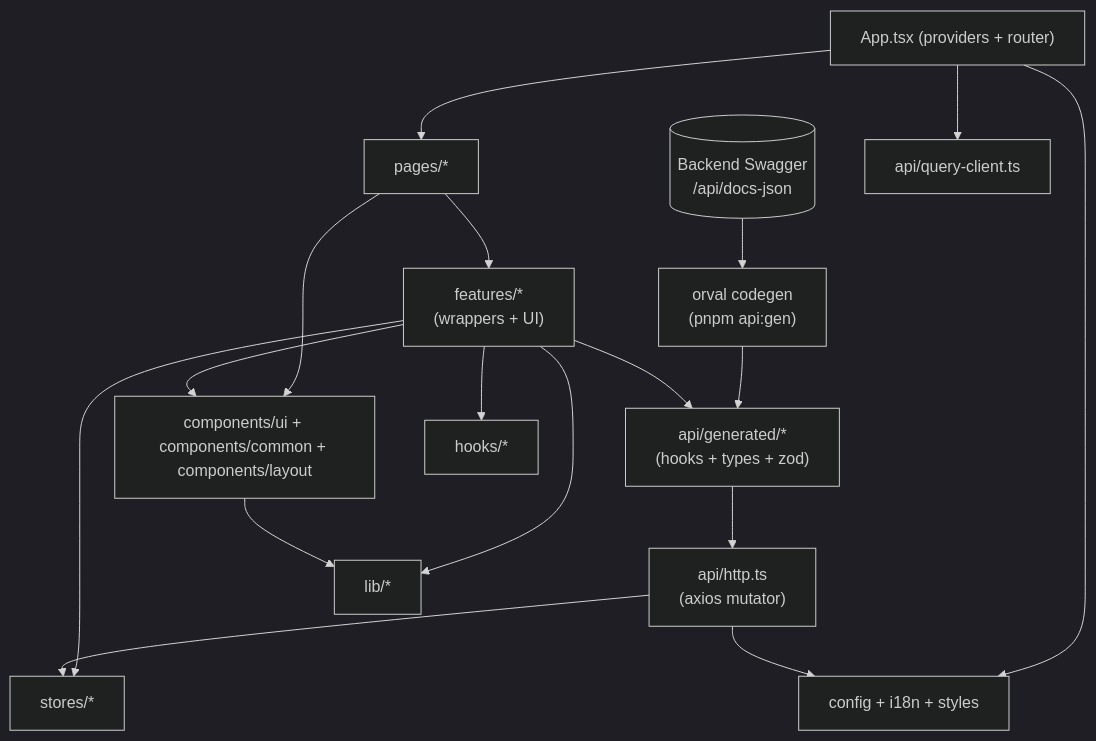
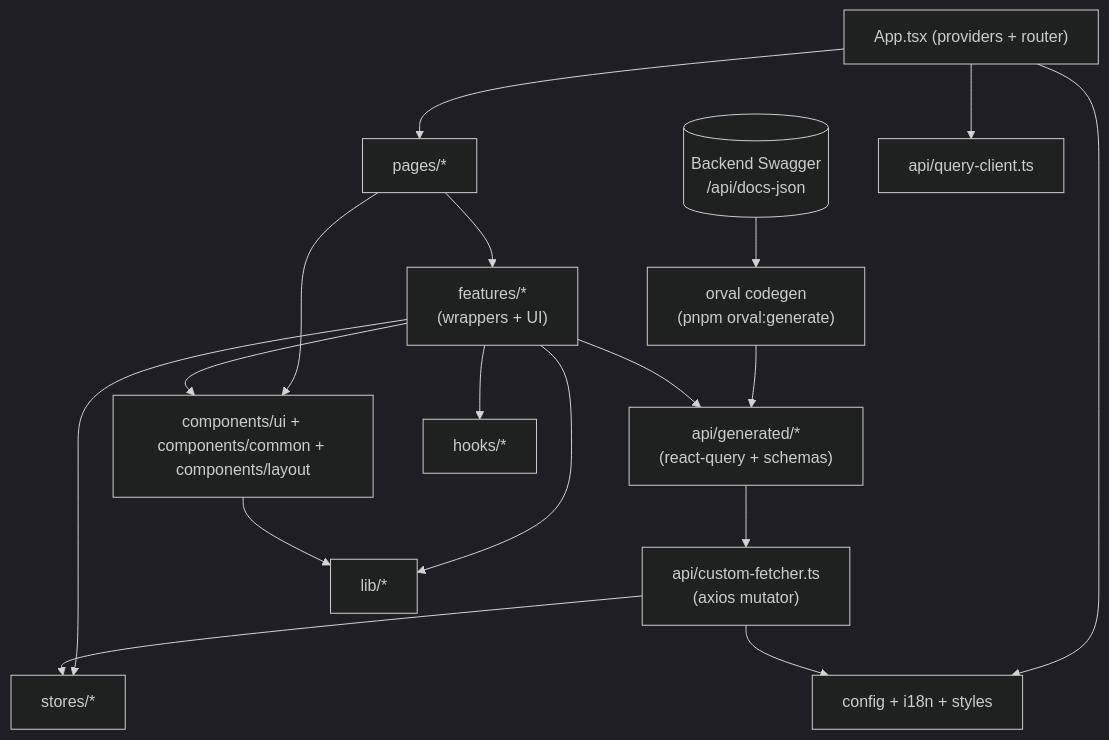
One commit to awramy/onBoard changed the second of 5 diagrams in FRONTEND_ROADMAP.md. Above: the diagram before and after it, drawn with Mermaid (dark theme). The commit also changed other lines of this file and 51 other files, not shown here.

````diff
--- a/FRONTEND_ROADMAP.md
+++ b/FRONTEND_ROADMAP.md
@@ -1523,35 +1492,35 @@
 ```mermaid
 flowchart TD
   Swagger[("Backend Swagger<br/>/api/docs-json")]
-  Orval["orval codegen<br/>(pnpm api:gen)"]
+  Orval["orval codegen<br/>(pnpm orval:generate)"]
 
   App["App.tsx (providers + router)"]
   Pages["pages/*"]
   Features["features/*<br/>(wrappers + UI)"]
   Components["components/ui + components/common + components/layout"]
-  ApiGen["api/generated/*<br/>(hooks + types + zod)"]
-  ApiHttp["api/http.ts<br/>(axios mutator)"]
+  ApiGen["api/generated/*<br/>(react-query + schemas)"]
+  ApiHttp["api/custom-fetcher.ts<br/>(axios mutator)"]
   QueryClient["api/query-client.ts"]
   Stores["stores/*"]
   Hooks["hooks/*"]
   Lib["lib/*"]
   Config["config + i18n + styles"]
 
   Swagger --> Orval
   Orval --> ApiGen
 
   App --> Pages
   App --> Config
   App --> QueryClient
   Pages --> Features
   Pages --> Components
   Features --> Components
   Features --> ApiGen
   Features --> Stores
   Features --> Hooks
   Features --> Lib
   Components --> Lib
   ApiGen --> ApiHttp
   ApiHttp --> Stores
   ApiHttp --> Config
 ```
````
